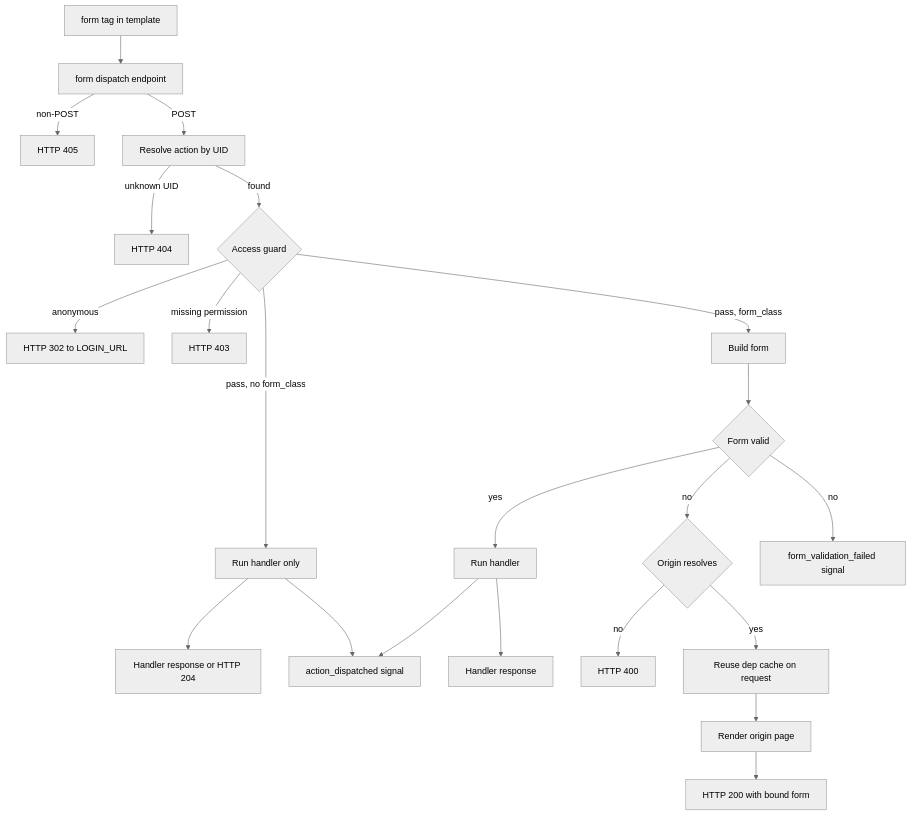
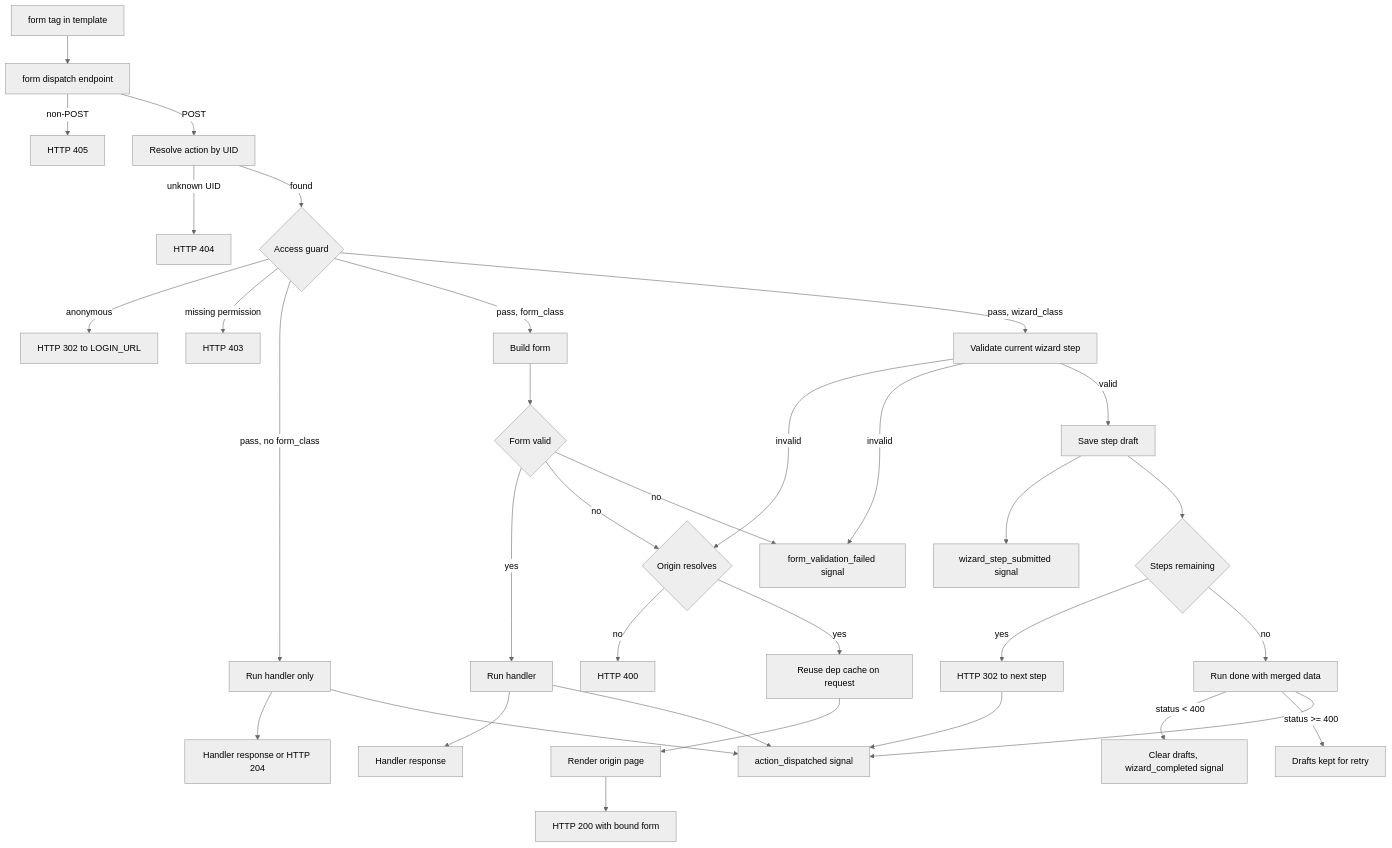
The diagram in docs/content/internals/action-dispatch.rst (next-dj/next-dj), drawn with Mermaid (neutral theme) before and after one commit. The commit also changed other lines of this file and 12 other files, not shown here.

```diff
--- a/docs/content/internals/action-dispatch.rst
+++ b/docs/content/internals/action-dispatch.rst
@@ -23,24 +23,36 @@
 .. mermaid::
 
    flowchart TB
        Template["form tag in template"] --> Endpoint["form dispatch endpoint"]
        Endpoint -- "non-POST" --> NotAllowed["HTTP 405"]
        Endpoint -- POST --> Lookup["Resolve action by UID"]
        Lookup -- unknown UID --> NotFound["HTTP 404"]
        Lookup -- found --> Guard{"Access guard"}
        Guard -- anonymous --> LoginRedirect["HTTP 302 to LOGIN_URL"]
        Guard -- "missing permission" --> Forbidden["HTTP 403"]
        Guard -- "pass, no form_class" --> HandlerOnly["Run handler only"]
        Guard -- "pass, form_class" --> Build["Build form"]
+       Guard -- "pass, wizard_class" --> WizardStep["Validate current wizard step"]
        HandlerOnly --> HandlerOnlyResponse["Handler response or HTTP 204"]
        HandlerOnly --> ActionDispatched["action_dispatched signal"]
        Build --> Validate{"Form valid"}
        Validate -- yes --> Handler["Run handler"]
        Handler --> Response["Handler response"]
        Handler --> ActionDispatched
        Validate -- no --> Origin{"Origin resolves"}
        Origin -- no --> BadRequest["HTTP 400"]
        Origin -- yes --> ShareCache["Reuse dep cache on request"]
        ShareCache --> RenderOrigin["Render origin page"]
        RenderOrigin --> RerenderHTML["HTTP 200 with bound form"]
        Validate -- no --> FormFailed["form_validation_failed signal"]
+       WizardStep -- invalid --> Origin
+       WizardStep -- invalid --> FormFailed
+       WizardStep -- valid --> SaveStep["Save step draft"]
+       SaveStep --> StepSubmitted["wizard_step_submitted signal"]
+       SaveStep --> StepsLeft{"Steps remaining"}
+       StepsLeft -- yes --> Advance["HTTP 302 to next step"]
+       StepsLeft -- no --> Done["Run done with merged data"]
+       Done -- "status < 400" --> Completed["Clear drafts, wizard_completed signal"]
+       Done -- "status >= 400" --> KeepDrafts["Drafts kept for retry"]
+       Advance --> ActionDispatched
+       Done --> ActionDispatched
```
